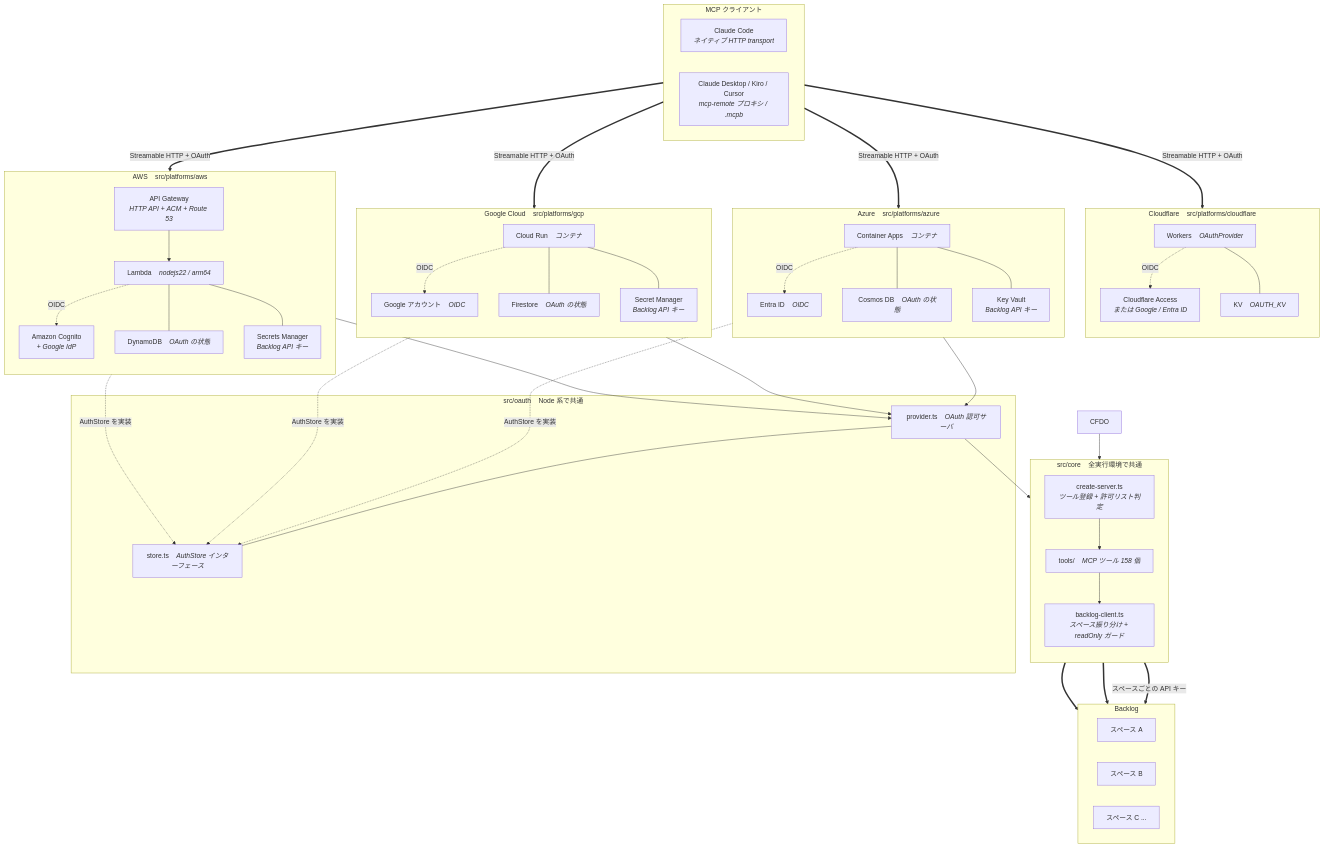
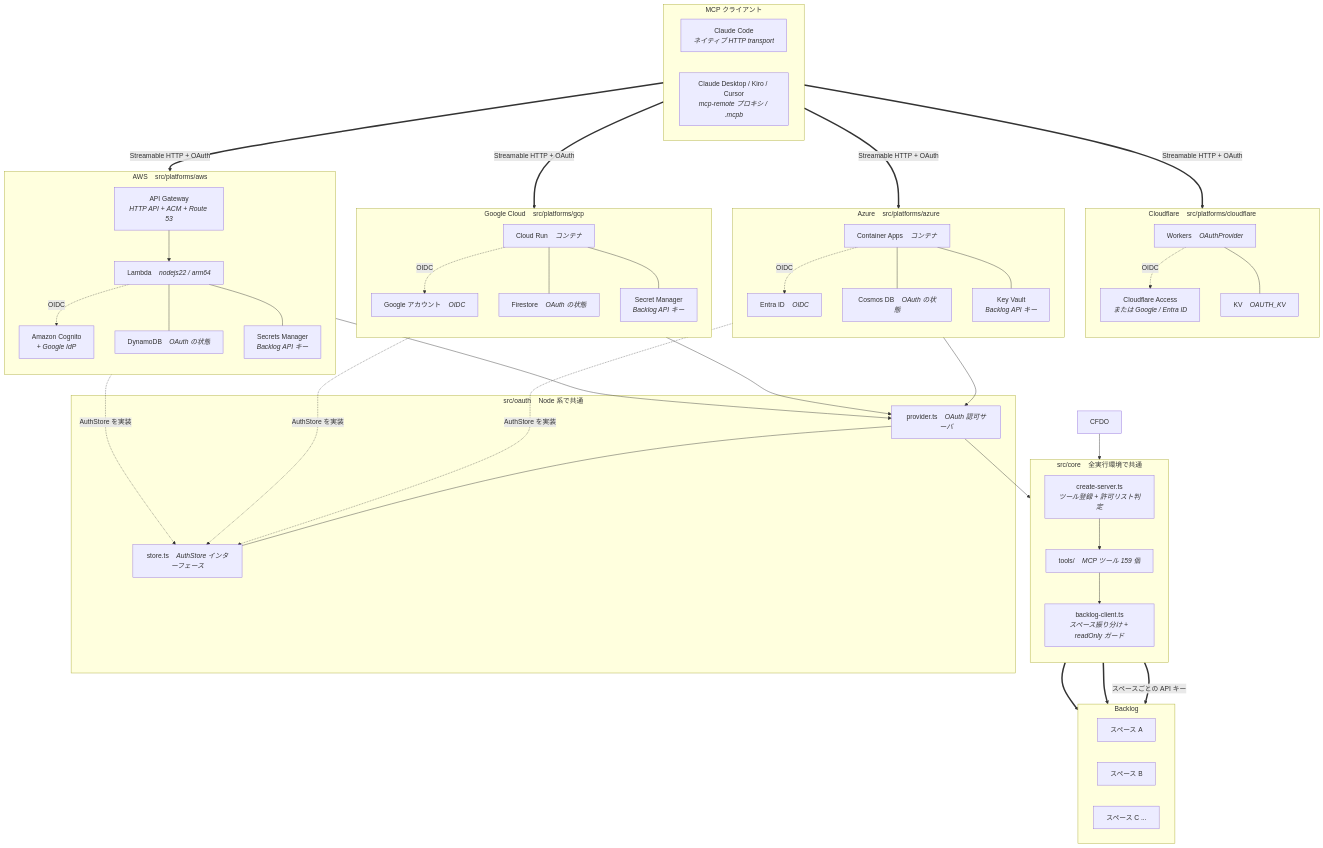
Before and after one commit to midnight480/backlog-remote-mcp-server: the first of 2 diagrams in README_ja.md, drawn with Mermaid. The commit also changed other lines of this file and 7 other files, not shown here.

```diff
--- a/README_ja.md
+++ b/README_ja.md
@@ -250,7 +252,7 @@
     subgraph shared["src/core &nbsp;&nbsp; 全実行環境で共通"]
         direction TB
         CS["create-server.ts<br/><i>ツール登録 + 許可リスト判定</i>"]
-        TOOLS["tools/ &nbsp;&nbsp; <i>MCP ツール 158 個</i>"]
+        TOOLS["tools/ &nbsp;&nbsp; <i>MCP ツール 159 個</i>"]
         BC["backlog-client.ts<br/><i>スペース振り分け + readOnly ガード</i>"]
         CS --> TOOLS --> BC
     end
```
